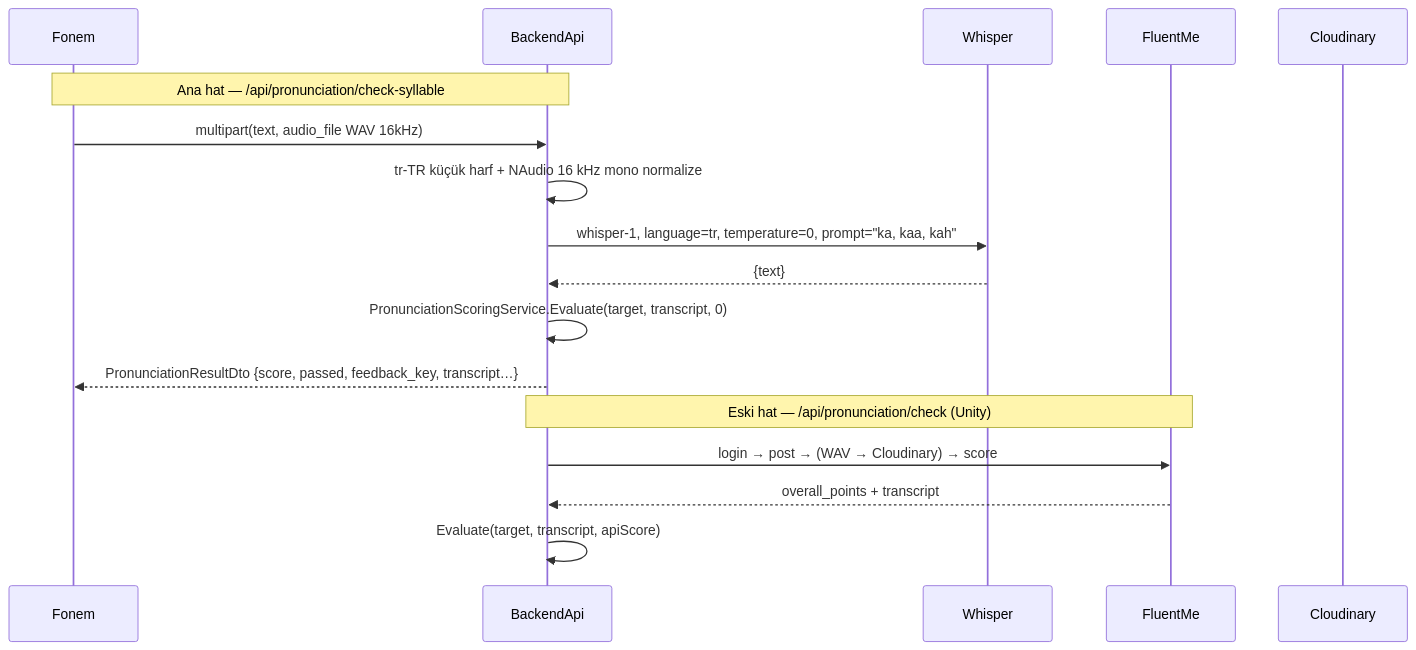
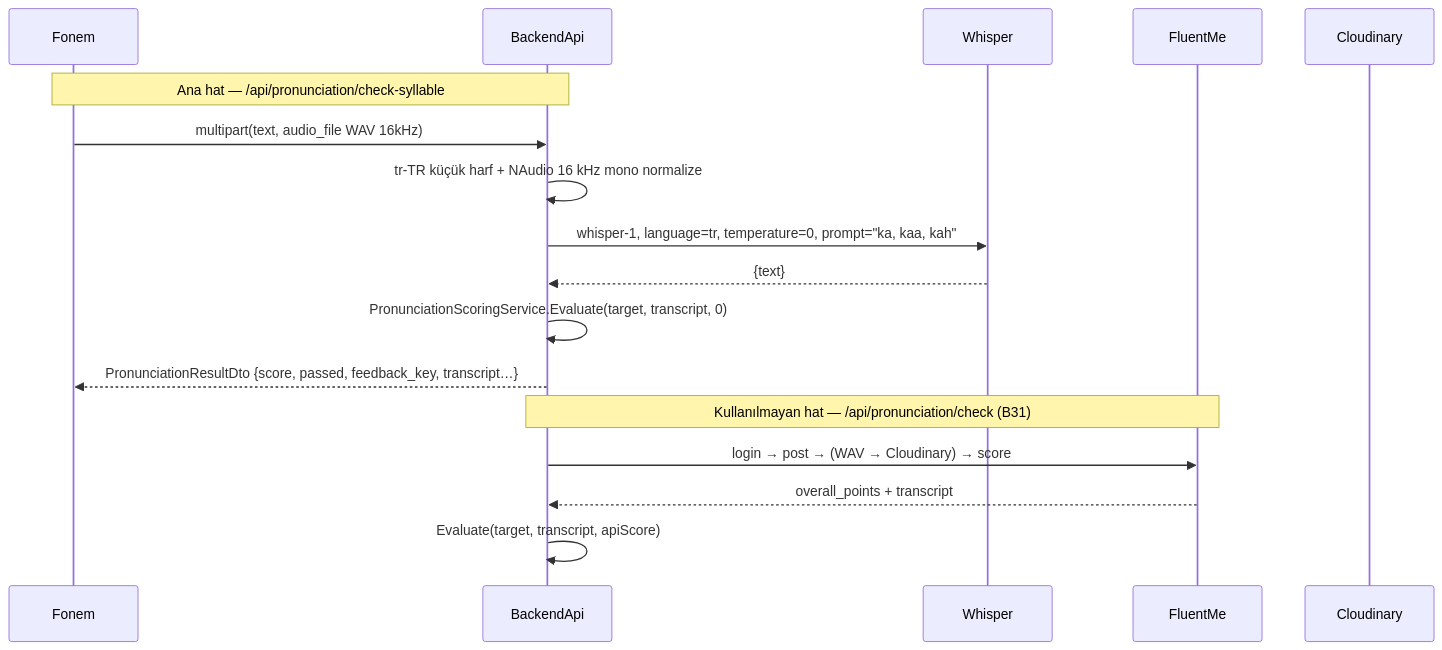
One commit to bitirmesel/GraduationProject changed the fourth of 6 diagrams in ARCHITECTURE.md. Above: the diagram before and after it, drawn with Mermaid. The commit also changed other lines of this file and 1 other file, not shown here.

First line of the commit message:
Docs: Unity demosu tamamen gözden çıkarıldı; FluentMe hattı tüketicisiz (B31) (#7)

````diff
--- a/ARCHITECTURE.md
+++ b/ARCHITECTURE.md
@@ -414,21 +412,21 @@
 ```mermaid
 sequenceDiagram
     participant FN as Fonem
     participant API as BackendApi
     participant WH as Whisper
     participant FM as FluentMe
     participant CL as Cloudinary
 
     Note over FN,API: Ana hat — /api/pronunciation/check-syllable
     FN->>API: multipart(text, audio_file WAV 16kHz)
     API->>API: tr-TR küçük harf + NAudio 16 kHz mono normalize
     API->>WH: whisper-1, language=tr, temperature=0, prompt="ka, kaa, kah"
     WH-->>API: {text}
     API->>API: PronunciationScoringService.Evaluate(target, transcript, 0)
     API-->>FN: PronunciationResultDto {score, passed, feedback_key, transcript…}
 
-    Note over API,FM: Eski hat — /api/pronunciation/check (Unity)
+    Note over API,FM: Kullanılmayan hat — /api/pronunciation/check (B31)
     API->>FM: login → post → (WAV → Cloudinary) → score
     FM-->>API: overall_points + transcript
     API->>API: Evaluate(target, transcript, apiScore)
 ```
````
